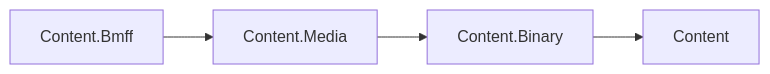
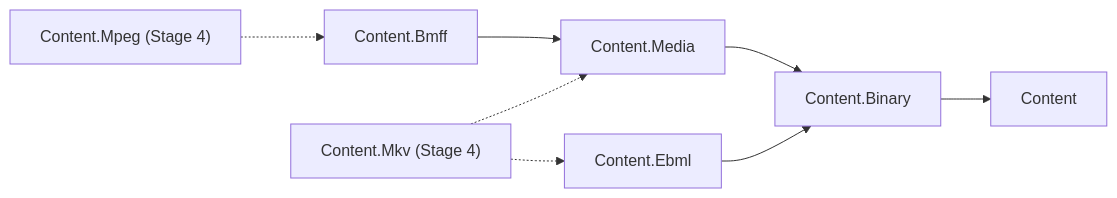
The diagram in libraries/Content/Assimalign.Cohesion.Content.Media/docs/DESIGN.md (assimalign/cohesion), drawn with Mermaid before and after one commit. The commit also changed other lines of this file and 2 other files, not shown here.

First line of the commit message:
docs(content): document the shared media model [L01.01.05.17]

````diff
--- a/libraries/Content/Assimalign.Cohesion.Content.Media/docs/DESIGN.md
+++ b/libraries/Content/Assimalign.Cohesion.Content.Media/docs/DESIGN.md
@@ -31,6 +21,10 @@
 ```mermaid
 flowchart LR
-    Bmff["Content.Bmff"] --> Media["Content.Media"]
-    Media --> Binary["Content.Binary"]
+    Mpeg["Content.Mpeg (Stage 4)"] -.-> Bmff["Content.Bmff"]
+    Bmff --> Media["Content.Media"]
+    Mkv["Content.Mkv (Stage 4)"] -.-> Media
+    Mkv -.-> Ebml["Content.Ebml"]
+    Ebml --> Binary["Content.Binary"]
+    Media --> Binary
     Binary --> Root["Content"]
 ```
````
